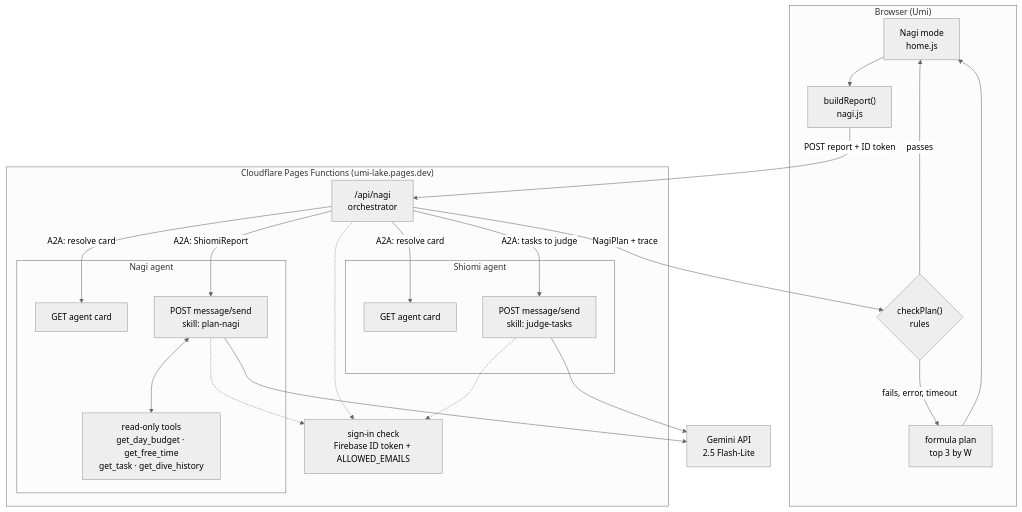
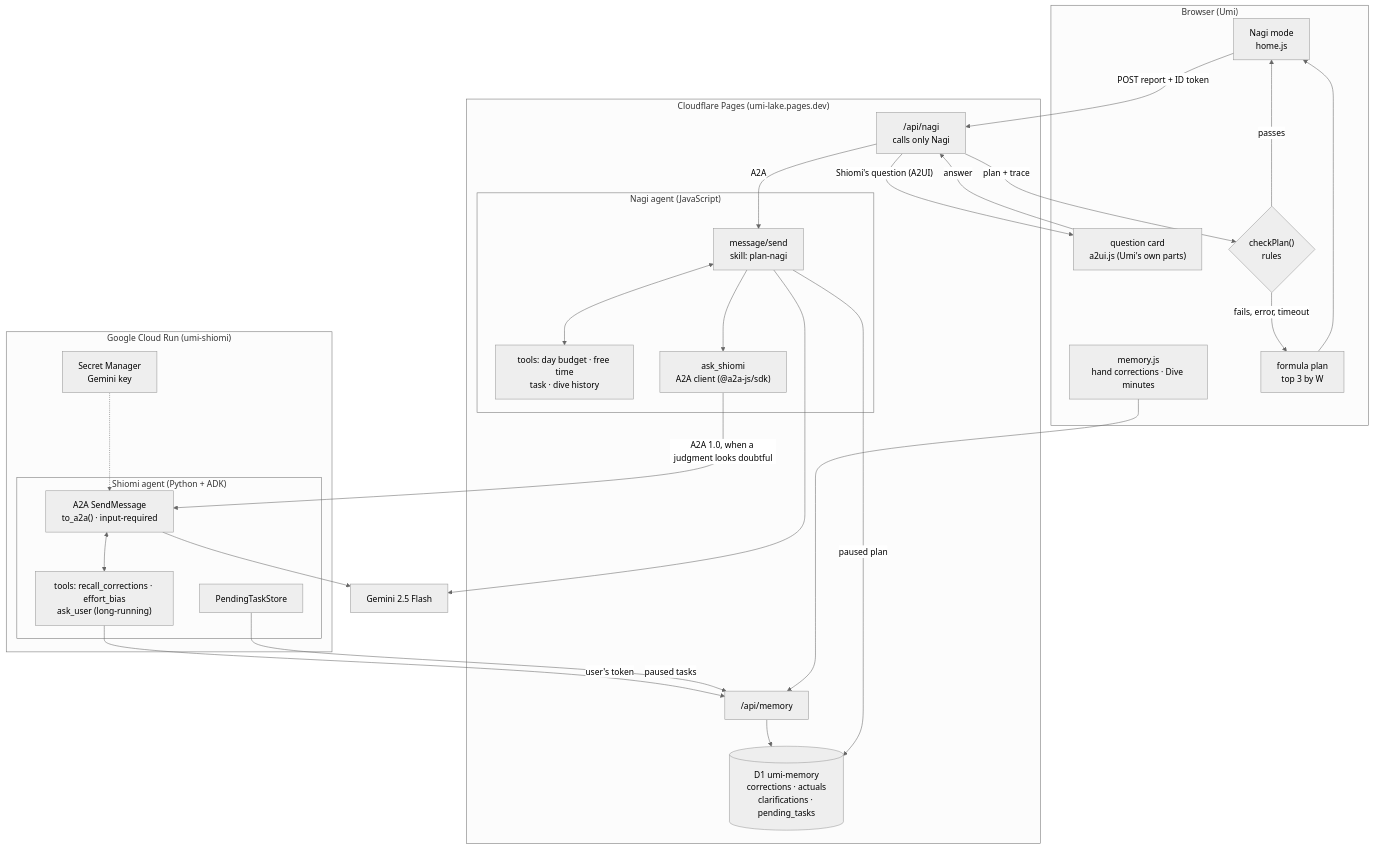
Before and after one commit to Rinkufujiwara/umi: the first of 2 diagrams in README.md, drawn with Mermaid (neutral theme). The commit also changed other lines of this file and 34 other files, not shown here.

First line of the commit message:
Shiomi on ADK + Cloud Run with memory and ask-back; Nagi consults it over A2A

````diff
--- a/README.md
+++ b/README.md
@@ -60,40 +63,48 @@
 ```mermaid
 flowchart TB
   subgraph Browser["Browser (Umi)"]
     UI["Nagi mode<br/>home.js"]
-    REP["buildReport()<br/>nagi.js"]
+    CARD["question card<br/>a2ui.js (Umi's own parts)"]
+    REC["memory.js<br/>hand corrections · Dive minutes"]
     CHK{"checkPlan()<br/>rules"}
     F["formula plan<br/>top 3 by W"]
   end
 
-  subgraph Pages["Cloudflare Pages Functions (umi-lake.pages.dev)"]
-    ORCH["/api/nagi<br/>orchestrator"]
-    subgraph SA["Shiomi agent"]
-      SC["GET agent card"]
-      SJ["POST message/send<br/>skill: judge-tasks"]
+  subgraph CF["Cloudflare Pages (umi-lake.pages.dev)"]
+    ORCH["/api/nagi<br/>calls only Nagi"]
+    subgraph NA["Nagi agent (JavaScript)"]
+      NP["message/send<br/>skill: plan-nagi"]
+      NT["tools: day budget · free time<br/>task · dive history"]
+      ASK["ask_shiomi<br/>A2A client (@a2a-js/sdk)"]
     end
-    subgraph NA["Nagi agent"]
-      NC["GET agent card"]
-      NP["POST message/send<br/>skill: plan-nagi"]
-      TOOLS["read-only tools<br/>get_day_budget · get_free_time<br/>get_task · get_dive_history"]
-    end
-    AUTH["sign-in check<br/>Firebase ID token + ALLOWED_EMAILS"]
+    MEM["/api/memory"]
+    D1[("D1 umi-memory<br/>corrections · actuals<br/>clarifications · pending_tasks")]
   end
 
-  G["Gemini API<br/>2.5 Flash-Lite"]
+  subgraph GCP["Google Cloud Run (umi-shiomi)"]
+    subgraph SA["Shiomi agent (Python + ADK)"]
+      SJ["A2A SendMessage<br/>to_a2a() · input-required"]
+      ST["tools: recall_corrections · effort_bias<br/>ask_user (long-running)"]
+      PS["PendingTaskStore"]
+    end
+    SM["Secret Manager<br/>Gemini key"]
+  end
 
-  UI --> REP -->|"POST report + ID token"| ORCH
-  ORCH -->|"A2A: resolve card"| SC
-  ORCH -->|"A2A: tasks to judge"| SJ
-  ORCH -->|"A2A: resolve card"| NC
-  ORCH -->|"A2A: ShiomiReport"| NP
-  NP <--> TOOLS
+  G["Gemini 2.5 Flash"]
+
+  UI -->|"POST report + ID token"| ORCH -->|"A2A"| NP
+  NP <--> NT
+  NP --> ASK -->|"A2A 1.0, when a judgment looks doubtful"| SJ
+  SJ <--> ST
+  ST -->|"user's token"| MEM --> D1
+  PS -->|"paused tasks"| MEM
+  NP -->|"paused plan"| D1
+  REC --> MEM
   SJ --> G
   NP --> G
-  ORCH -.-> AUTH
-  SJ -.-> AUTH
-  NP -.-> AUTH
-  ORCH -->|"NagiPlan + trace"| CHK
+  SM -.-> SJ
+  ORCH -->|"plan + trace"| CHK
+  ORCH -->|"Shiomi's question (A2UI)"| CARD -->|"answer"| ORCH
   CHK -->|passes| UI
   CHK -->|"fails, error, timeout"| F --> UI
 ```
````
